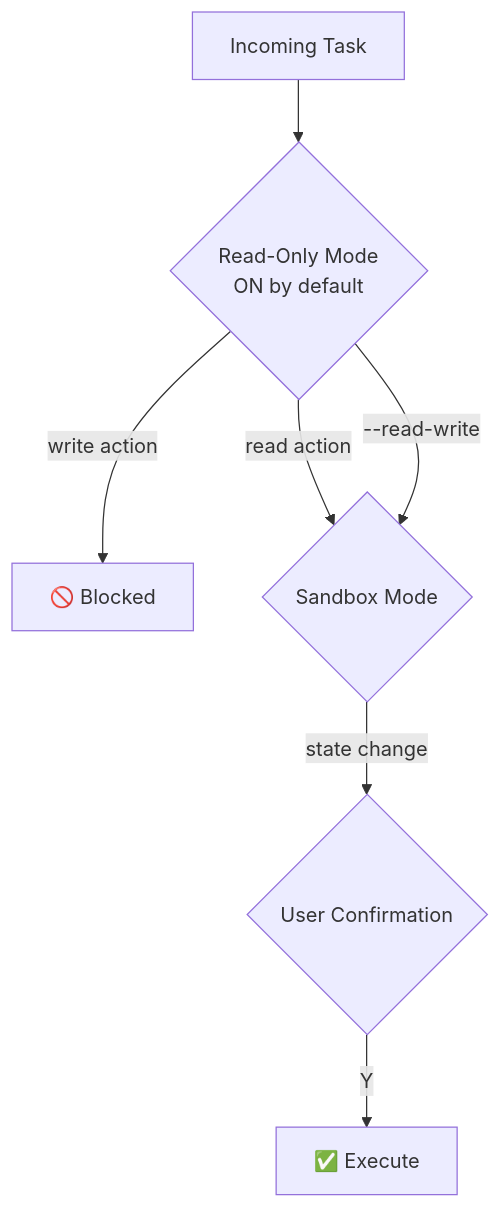
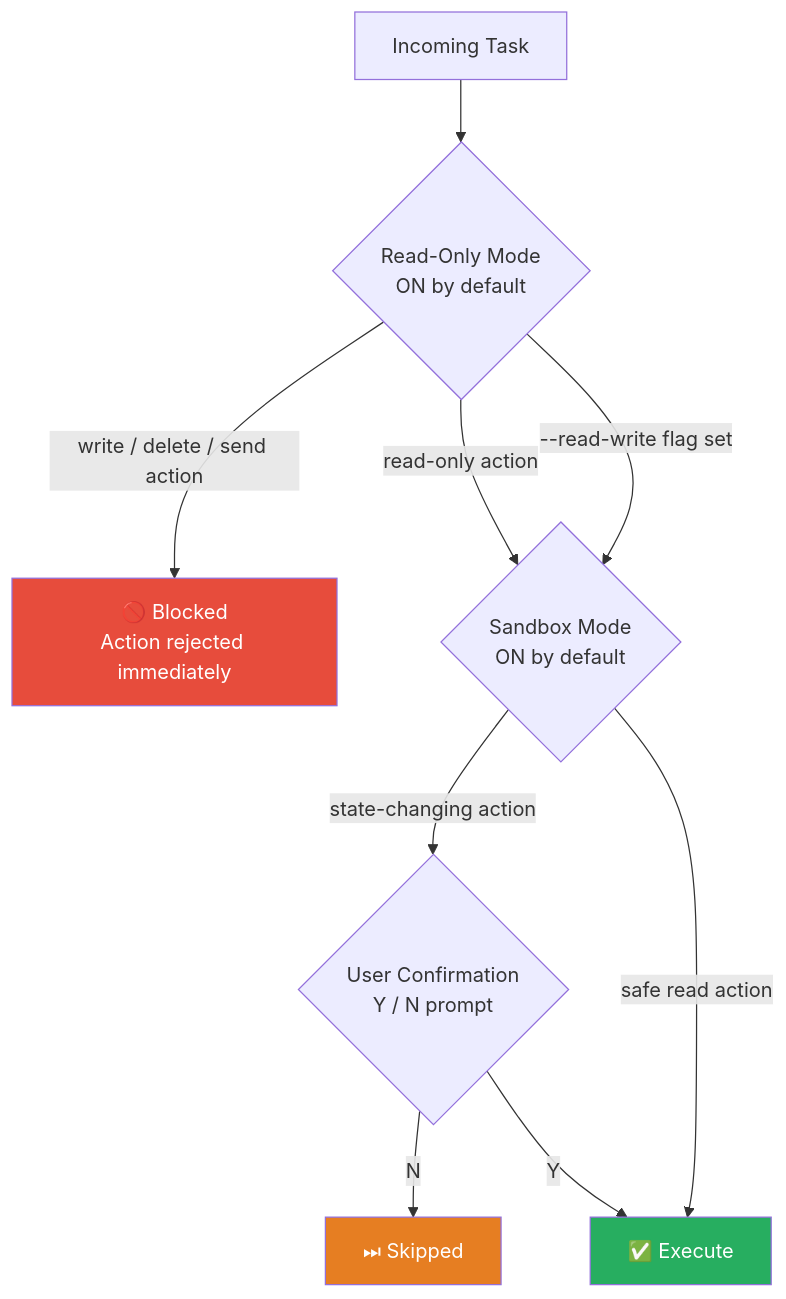
One commit to haseeb-heaven/gworkspace-agent changed the fourth of 4 diagrams in README.md. Above: the diagram before and after it, drawn with Mermaid. The commit also changed other lines of this file and 46 other files, not shown here.

````diff
--- a/README.md
+++ b/README.md
@@ -283,9 +365,15 @@
 ```mermaid
 flowchart TD
     REQ["Incoming Task"] --> RO{"Read-Only Mode\nON by default"}
-    RO -->|"write action"| BLOCK["🚫 Blocked"]
-    RO -->|"read action"| SB{"Sandbox Mode"}
-    SB -->|"state change"| CONF{"User Confirmation"}
+    RO -->|"write / delete / send action"| BLOCK["🚫 Blocked\nAction rejected immediately"]
+    RO -->|"read-only action"| SB{"Sandbox Mode\nON by default"}
+    SB -->|"state-changing action"| CONF{"User Confirmation\nY / N prompt"}
+    CONF -->|"N"| SKIP["⏭ Skipped"]
     CONF -->|"Y"| EXEC["✅ Execute"]
-    RO -->|"--read-write"| SB
+    SB -->|"safe read action"| EXEC
+    RO -->|"--read-write flag set"| SB
+
+    style BLOCK fill:#E74C3C,color:#fff
+    style SKIP fill:#E67E22,color:#fff
+    style EXEC fill:#27AE60,color:#fff
 ```
````
